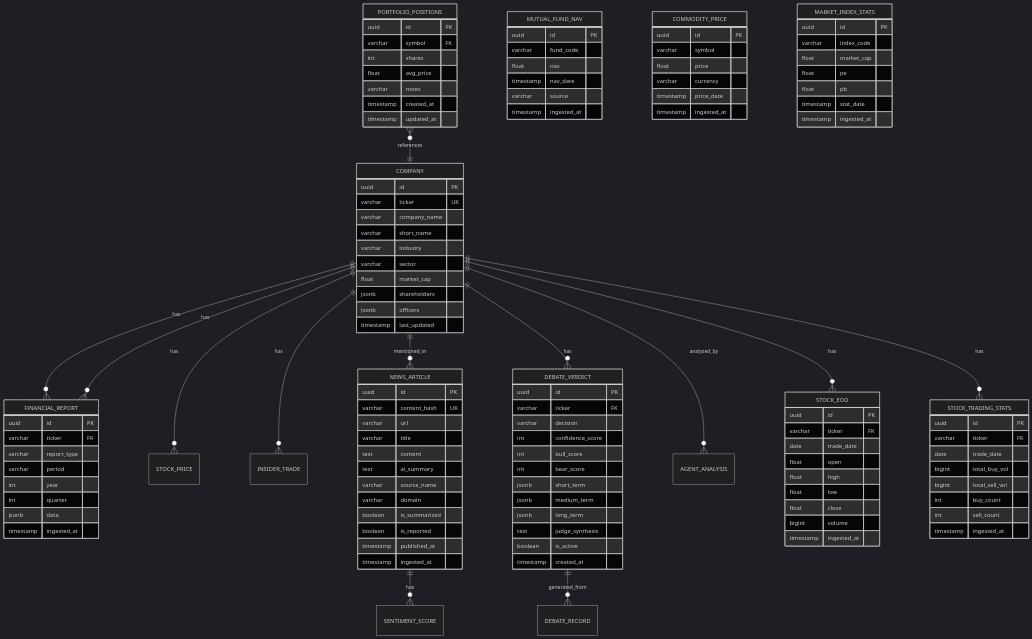
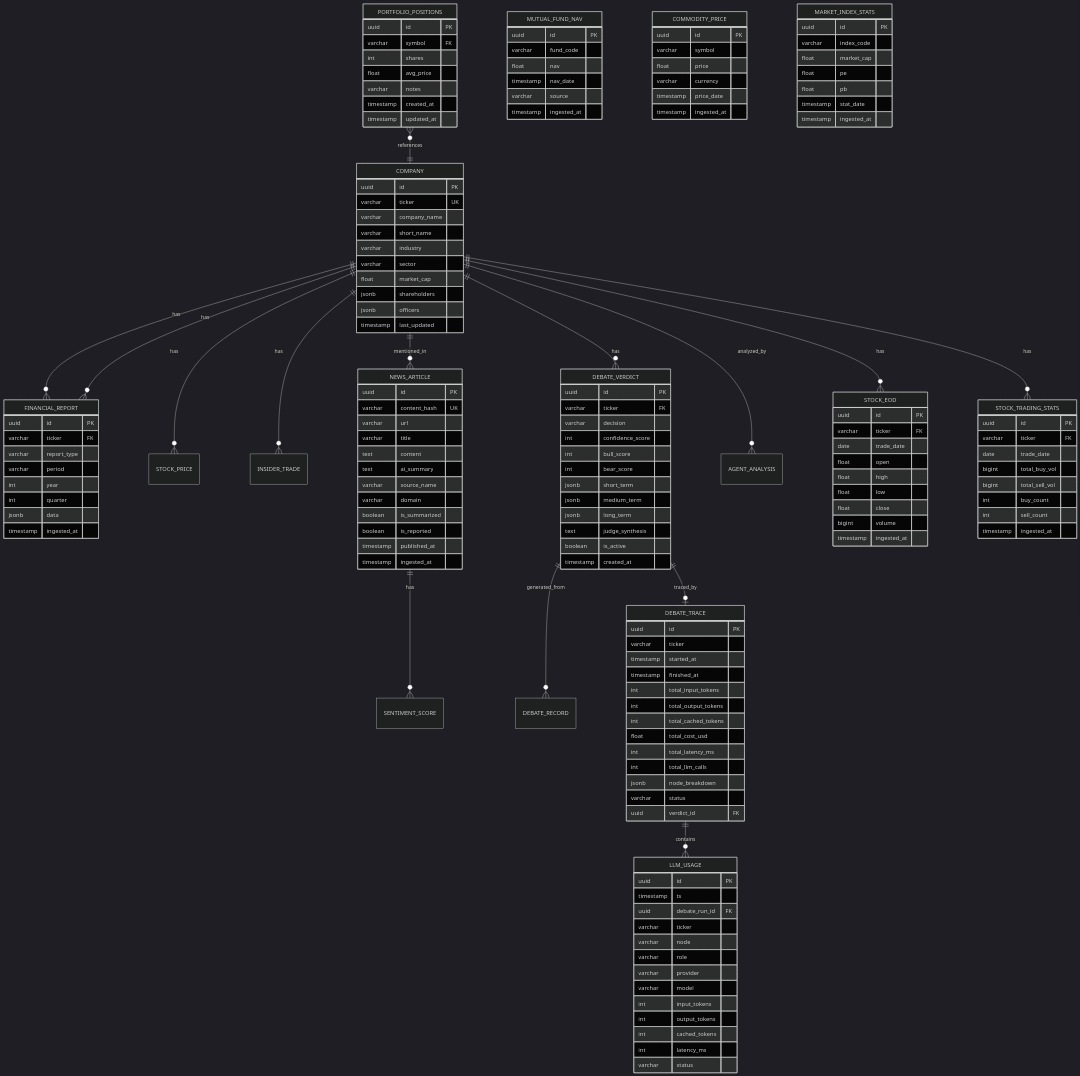
One commit to nqhuy44/xalpha-researcher changed the diagram in docs/DATABASE.md. Above: the diagram before and after it, drawn with Mermaid (dark theme). The commit also changed other lines of this file and 20 other files, not shown here.

```diff
--- a/docs/DATABASE.md
+++ b/docs/DATABASE.md
@@ -23,6 +23,8 @@
 
     NEWS_ARTICLE ||--o{ SENTIMENT_SCORE : has
     DEBATE_VERDICT ||--o{ DEBATE_RECORD : generated_from
+    DEBATE_VERDICT ||--o| DEBATE_TRACE : traced_by
+    DEBATE_TRACE ||--o{ LLM_USAGE : contains
 
     PORTFOLIO_POSITIONS }o--|| COMPANY : references
 
@@ -141,6 +143,38 @@
         timestamp updated_at
     }
 
+    DEBATE_TRACE {
+        uuid id PK
+        varchar ticker
+        timestamp started_at
+        timestamp finished_at
+        int total_input_tokens
+        int total_output_tokens
+        int total_cached_tokens
+        float total_cost_usd
+        int total_latency_ms
+        int total_llm_calls
+        jsonb node_breakdown
+        varchar status
+        uuid verdict_id FK
+    }
+
+    LLM_USAGE {
+        uuid id PK
+        timestamp ts
+        uuid debate_run_id FK
+        varchar ticker
+        varchar node
+        varchar role
+        varchar provider
+        varchar model
+        int input_tokens
+        int output_tokens
+        int cached_tokens
+        int latency_ms
+        varchar status
+    }
+
     COMPANY ||--o{ FINANCIAL_REPORT : has
     COMPANY ||--o{ STOCK_EOD : has
     COMPANY ||--o{ STOCK_TRADING_STATS : has
```
